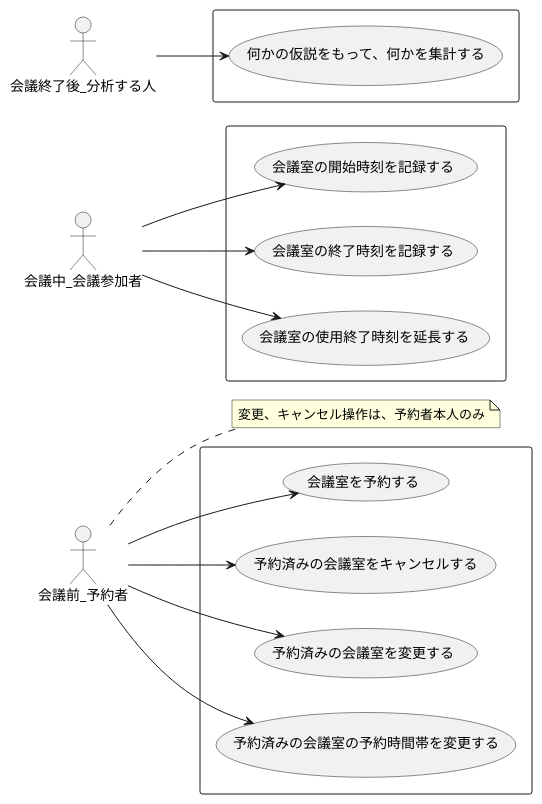
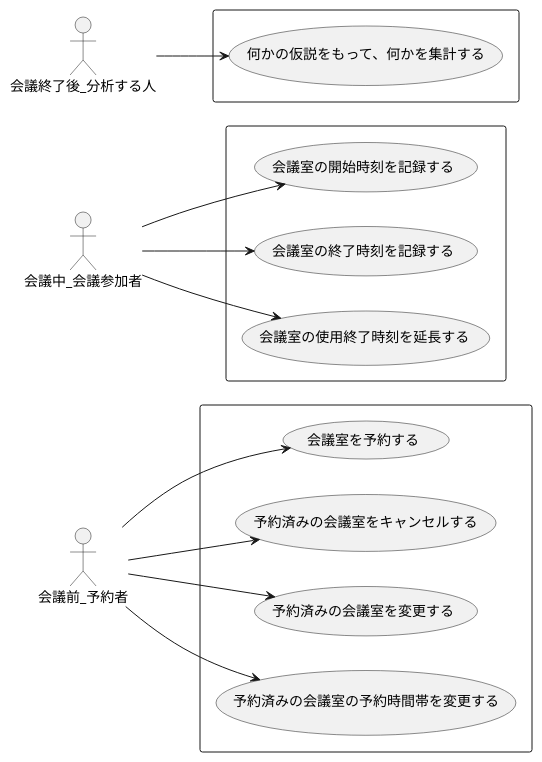
One commit to ModelingKai/meeting-room-python changed the diagram in diagram/ユースケース.puml. Above: the diagram before and after it, drawn with PlantUML.

Commit message:
「変更、キャンセル操作は、予約者本人のみ」という制約はなかったことにした
- 理由1: 実装が面倒に思えたから
- 理由2: 予約者本人しか変更できないのは不便だから
    - 当然、予約が不正に変更されないメリットもあるが、デメリットの方が上回ると判断したから

```diff
--- a/diagram/ユースケース.puml
+++ b/diagram/ユースケース.puml
@@ -1,26 +1,25 @@
 @startuml
 left to right direction
 
 actor 会議前_予約者 as a1
-note right : 変更、キャンセル操作は、予約者本人のみ
 actor 会議中_会議参加者  as a3
 actor 会議終了後_分析する人 as a2
 
 rectangle {
     a1 --> (会議室を予約する)
     a1 --> (予約済みの会議室をキャンセルする)
     a1 --> (予約済みの会議室を変更する)
     a1 --> (予約済みの会議室の予約時間帯を変更する)
 }
 
 rectangle {
     a2 --> (何かの仮説をもって、何かを集計する)
 }
 
 rectangle {
     a3 --> (会議室の開始時刻を記録する)
     a3 --> (会議室の終了時刻を記録する)
     a3 --> (会議室の使用終了時刻を延長する)
 }
 
 @enduml
```
